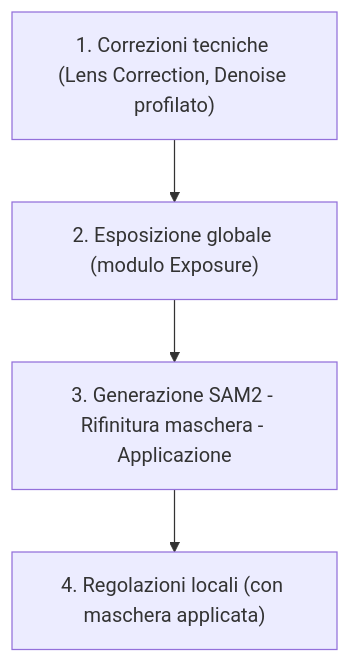
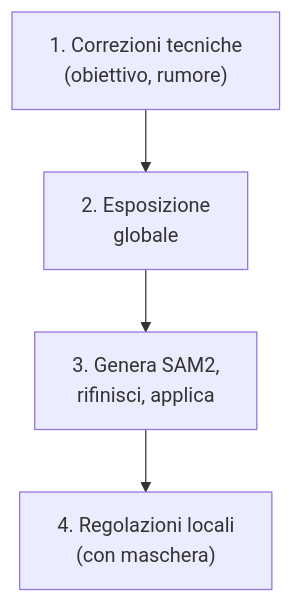
One commit to lorenzoperone/darktable-docs changed the diagram in docs/masking/ai-masks.md. Above: the diagram before and after it, drawn with Mermaid. The commit also changed 40 other files, not shown here.

First line of the commit message:
fix: reformatta diagrammi Mermaid — etichette brevi, break line, italiano

````diff
--- a/docs/masking/ai-masks.md
+++ b/docs/masking/ai-masks.md
@@ -32,4 +32,4 @@
 ```mermaid
 flowchart TD
-    A["1. Correzioni tecniche (Lens Correction, Denoise profilato)"] --> B["2. Esposizione globale (modulo Exposure)"] --> C["3. Generazione SAM2 - Rifinitura maschera - Applicazione"] --> D["4. Regolazioni locali (con maschera applicata)"]
+    A["1. Correzioni tecniche<br/>(obiettivo, rumore)"] --> B["2. Esposizione<br/>globale"] --> C["3. Genera SAM2,<br/>rifinisci, applica"] --> D["4. Regolazioni locali<br/>(con maschera)"]
 ```
````
